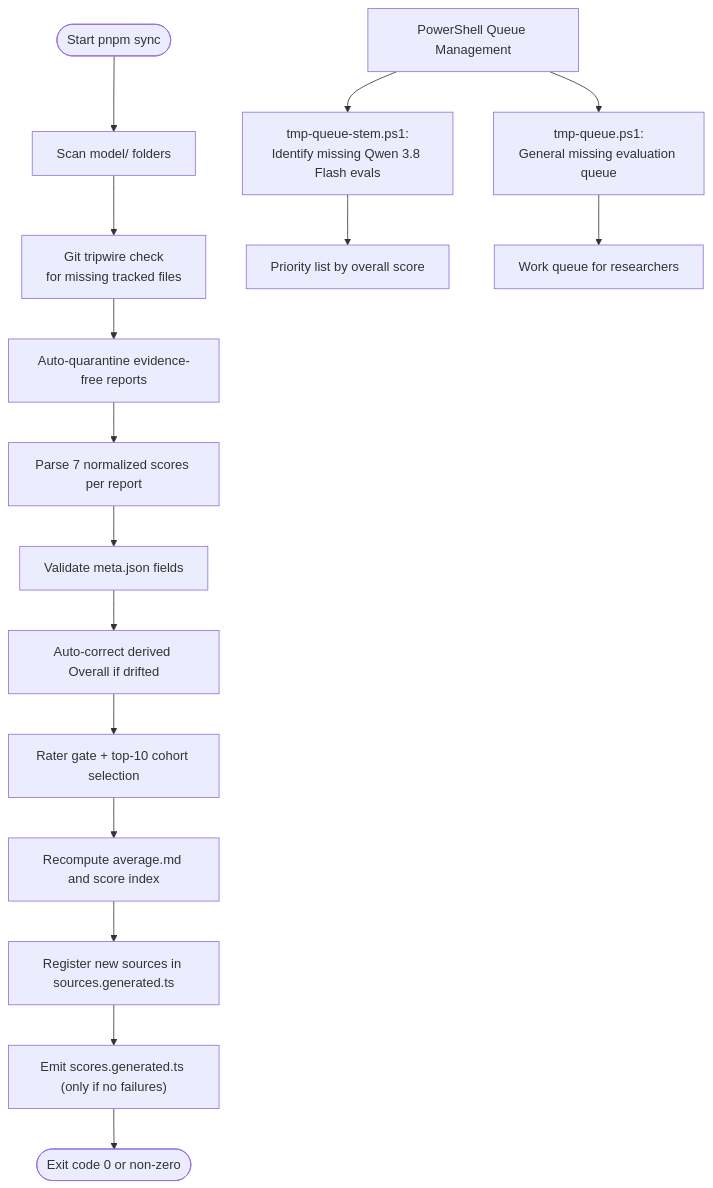
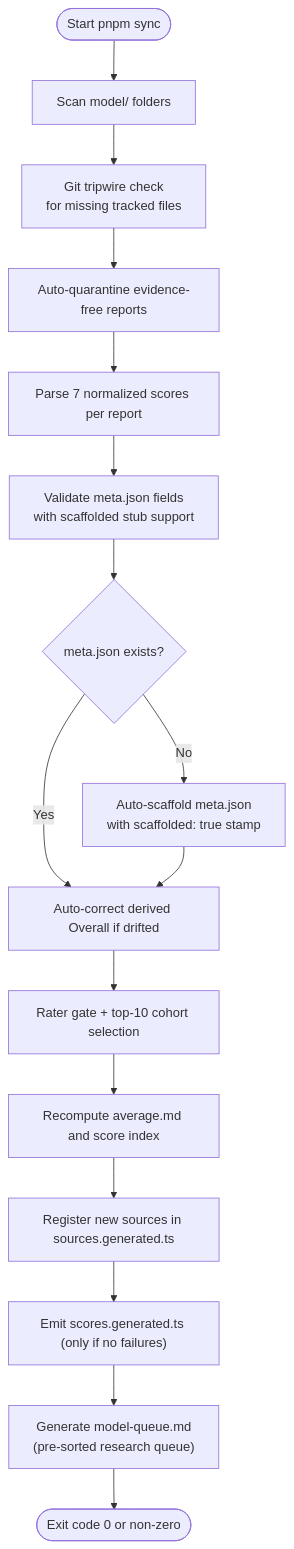
One commit to delirium-dj/modelcomp changed the second of 8 diagrams in .qoder/repowiki/en/content/Build & Development Pipeline/Build & Development Pipeline.md. Above: the diagram before and after it, drawn with Mermaid. The commit also changed other lines of this file and 141 other files, not shown here.

````diff
--- a/.qoder/repowiki/en/content/Build & Development Pipeline/Build & Development Pipeline.md
+++ b/.qoder/repowiki/en/content/Build & Development Pipeline/Build & Development Pipeline.md
@@ -149,18 +144,18 @@
 ```mermaid
 flowchart TD
 Start(["Start pnpm sync"]) --> Scan["Scan model/<slug> folders"]
 Scan --> Tripwire["Git tripwire check<br/>for missing tracked files"]
 Tripwire --> Quarantine["Auto-quarantine evidence-free reports"]
 Quarantine --> Parse["Parse 7 normalized scores per report"]
-Parse --> ValidateMeta["Validate meta.json fields"]
-ValidateMeta --> CorrectOverall["Auto-correct derived Overall if drifted"]
+Parse --> ValidateMeta["Validate meta.json fields<br/>with scaffolded stub support"]
+ValidateMeta --> ScaffoldCheck{"meta.json exists?"}
+ScaffoldCheck --> |No| AutoScaffold["Auto-scaffold meta.json<br/>with scaffolded: true stamp"]
+ScaffoldCheck --> |Yes| CorrectOverall["Auto-correct derived Overall if drifted"]
+AutoScaffold --> CorrectOverall
 CorrectOverall --> Gate["Rater gate + top-10 cohort selection"]
 Gate --> Average["Recompute average.md and score index"]
 Average --> Register["Register new sources in sources.generated.ts"]
 Register --> Emit["Emit scores.generated.ts (only if no failures)"]
-Emit --> Exit(["Exit code 0 or non-zero"])
-PS_Automation["PowerShell Queue Management"] --> StemCheck["tmp-queue-stem.ps1:<br/>Identify missing Qwen 3.8 Flash evals"]
-PS_Automation --> GeneralQueue["tmp-queue.ps1:<br/>General missing evaluation queue"]
-StemCheck --> PriorityList["Priority list by overall score"]
-GeneralQueue --> WorkQueue["Work queue for researchers"]
+Emit --> QueueGen["Generate model-queue.md<br/>(pre-sorted research queue)"]
+QueueGen --> Exit(["Exit code 0 or non-zero"])
 ```
````
